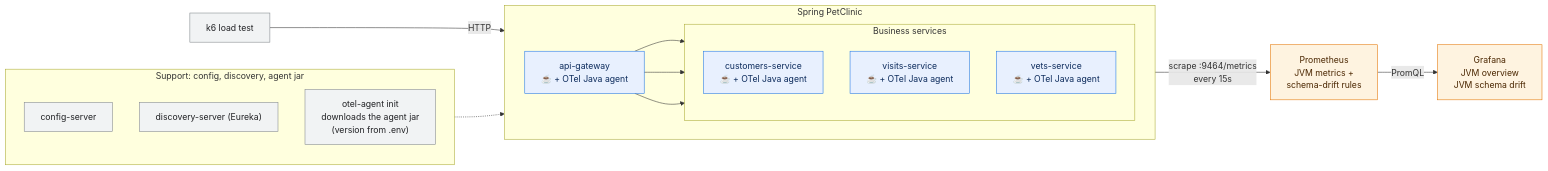
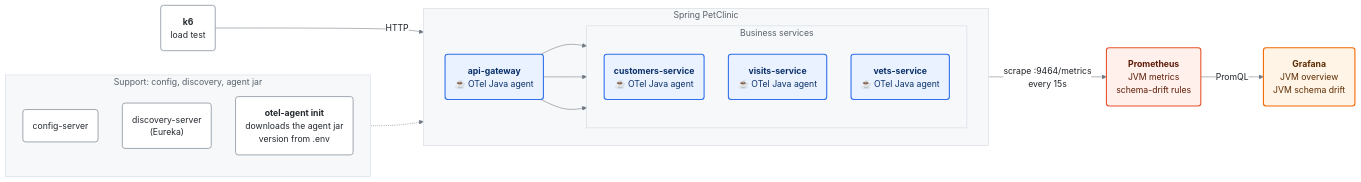
One commit to imenbkr/demo-otel-jvm-schema-drift changed the first of 7 diagrams in README.md. Above: the diagram before and after it, drawn with Mermaid. The commit also changed other lines of this file and 21 other files, not shown here.

Commit message:
Add deploy markers, restyle diagrams, refresh dashboard screenshots

````diff
--- a/README.md
+++ b/README.md
@@ -18,34 +18,37 @@
 ```mermaid
+%%{init: {"theme": "base", "themeVariables": {"fontFamily": "Arial, Helvetica, sans-serif", "fontSize": "16px", "primaryColor": "#ffffff", "primaryBorderColor": "#8c959f", "primaryTextColor": "#1f2328", "lineColor": "#6e7781", "clusterBkg": "#f6f8fa", "clusterBorder": "#d0d7de", "edgeLabelBackground": "#ffffff", "titleColor": "#57606a"}, "flowchart": {"curve": "basis", "nodeSpacing": 45, "rankSpacing": 55, "padding": 18}}}%%
 flowchart LR
-  k6["k6 load test"] -->|HTTP| gw
+  k6("<b>k6</b><br/>load test"):::infra -->|HTTP| gw
 
   subgraph app["Spring PetClinic"]
     direction LR
-    gw["api-gateway<br/>☕ + OTel Java agent"]
+    gw("<b>api-gateway</b><br/>☕ OTel Java agent"):::jvm
     subgraph svc["Business services"]
       direction TB
-      cust["customers-service<br/>☕ + OTel Java agent"]
-      vis["visits-service<br/>☕ + OTel Java agent"]
-      vets["vets-service<br/>☕ + OTel Java agent"]
+      cust("<b>customers-service</b><br/>☕ OTel Java agent"):::jvm
+      vis("<b>visits-service</b><br/>☕ OTel Java agent"):::jvm
+      vets("<b>vets-service</b><br/>☕ OTel Java agent"):::jvm
     end
     gw --> cust & vis & vets
   end
 
   subgraph support["Support: config, discovery, agent jar"]
     direction TB
-    cfg["config-server"]
-    disc["discovery-server (Eureka)"]
-    dl["otel-agent init<br/>downloads the agent jar<br/>(version from .env)"]
+    cfg("config-server"):::infra
+    disc("discovery-server<br/>(Eureka)"):::infra
+    dl("<b>otel-agent init</b><br/>downloads the agent jar<br/>version from .env"):::infra
   end
   support -.-> app
 
-  app -->|"scrape :9464/metrics<br/>every 15s"| prom["Prometheus<br/>JVM metrics +<br/>schema-drift rules"]
-  prom -->|PromQL| graf["Grafana<br/>JVM overview<br/>JVM schema drift"]
+  app -->|"scrape :9464/metrics<br/>every 15s"| prom("<b>Prometheus</b><br/>JVM metrics<br/>schema-drift rules"):::prom
+  prom -->|PromQL| graf("<b>Grafana</b><br/>JVM overview<br/>JVM schema drift"):::graf
 
-  classDef jvm fill:#e8f0fe,stroke:#1a73e8,color:#0b2a5b
-  classDef obs fill:#fef3e0,stroke:#e37400,color:#4a2600
-  classDef infra fill:#f1f3f4,stroke:#80868b,color:#202124
-  class gw,cust,vis,vets jvm
-  class prom,graf obs
-  class cfg,disc,dl,k6 infra
+  classDef jvm fill:#eaf2ff,stroke:#2f6feb,stroke-width:2px,color:#0a3069
+  classDef prom fill:#fff0eb,stroke:#e6522c,stroke-width:2px,color:#5c1a06
+  classDef graf fill:#fff4e5,stroke:#f46800,stroke-width:2px,color:#5c2a00
+  classDef infra fill:#ffffff,stroke:#8c959f,stroke-width:1.5px,color:#24292f
+  classDef gate fill:#f3eeff,stroke:#8250df,stroke-width:2px,color:#3e1f79
+  classDef ok fill:#dafbe1,stroke:#1a7f37,stroke-width:2px,color:#0f3d1c
+  classDef bad fill:#ffebe9,stroke:#cf222e,stroke-width:2px,color:#6e1a1f
+  classDef warn fill:#fff8c5,stroke:#bf8700,stroke-width:2px,color:#4d2d00
 ```
````
